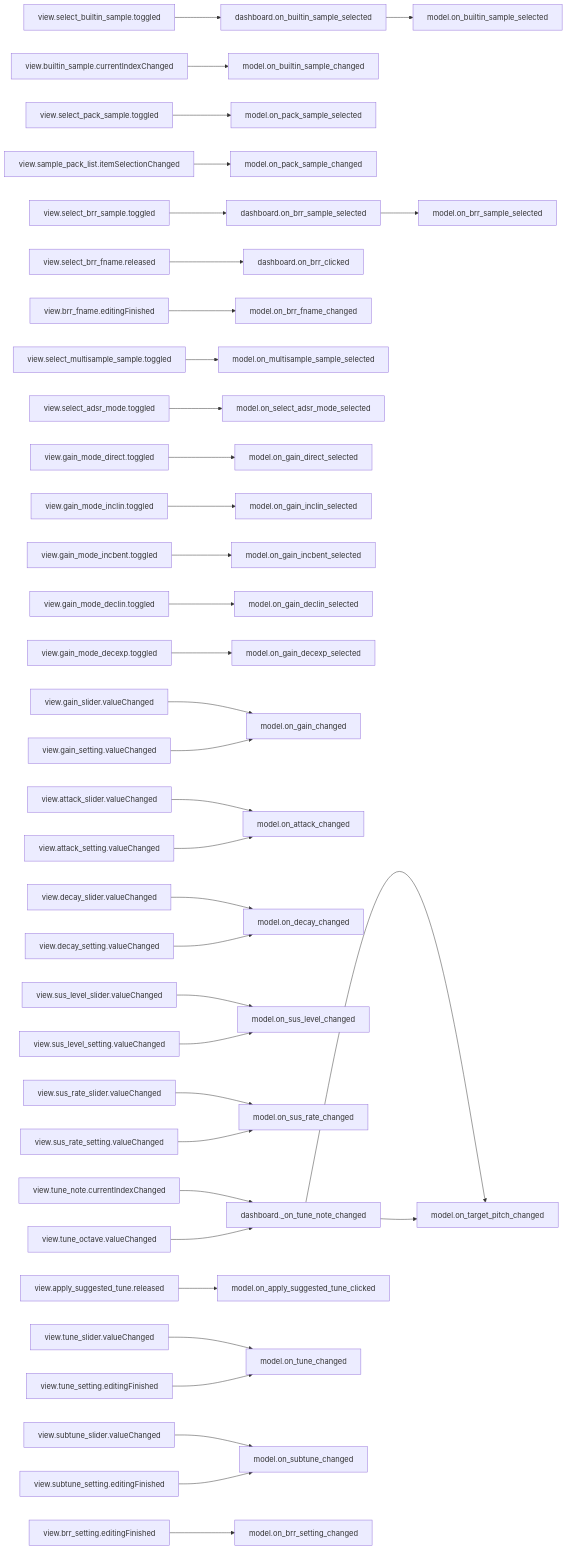
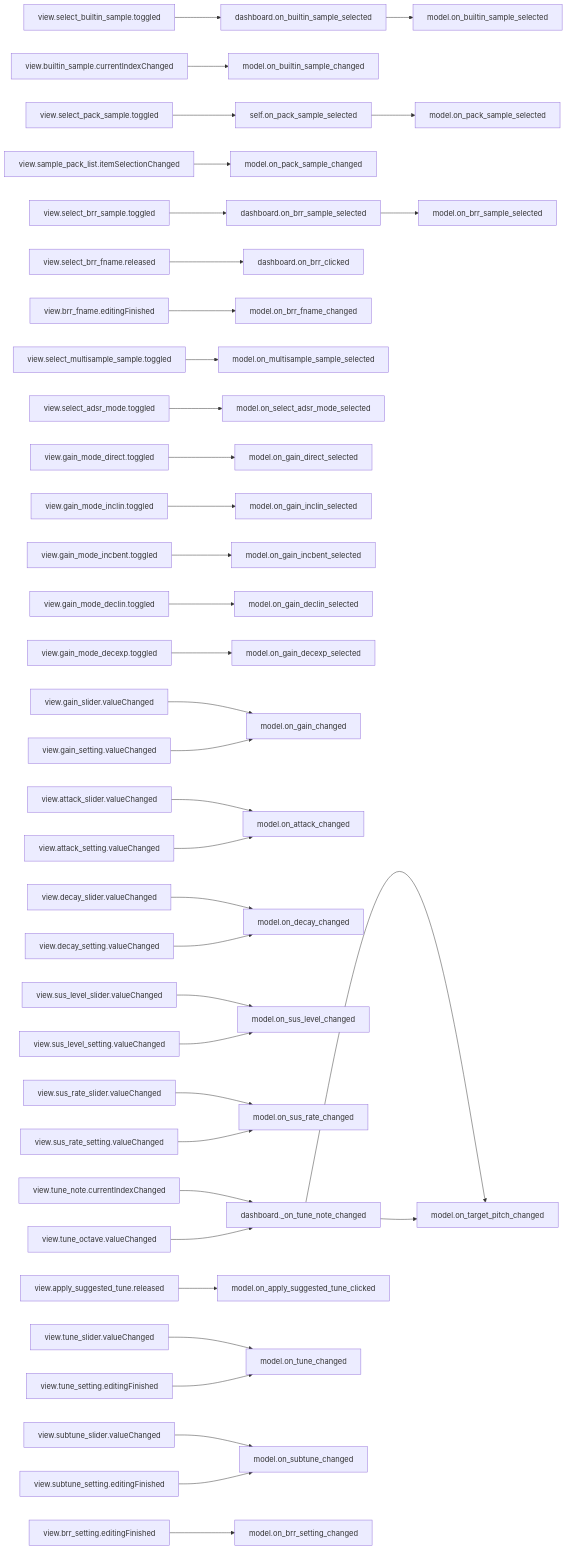
The seventh of 10 diagrams in doc/source/dashboard_signal_slot_map.rst (com-posers-pit/smw_music), drawn with Mermaid before and after one commit. The commit also changed 1 other file, not shown here.

Commit message:
Add missing sample pack in dashboard signal
Now playing:
Melatonin High by Dan Mason ダン·メイソン

```diff
--- a/doc/source/dashboard_signal_slot_map.rst
+++ b/doc/source/dashboard_signal_slot_map.rst
@@ -149,35 +149,35 @@
 .. mermaid::
 
    flowchart LR
       view.select_builtin_sample.toggled --> dashboard.on_builtin_sample_selected --> model.on_builtin_sample_selected
       view.builtin_sample.currentIndexChanged --> model.on_builtin_sample_changed
-      view.select_pack_sample.toggled --> model.on_pack_sample_selected
+      view.select_pack_sample.toggled --> self.on_pack_sample_selected --> model.on_pack_sample_selected
       view.sample_pack_list.itemSelectionChanged --> model.on_pack_sample_changed
       view.select_brr_sample.toggled --> dashboard.on_brr_sample_selected --> model.on_brr_sample_selected
       view.select_brr_fname.released --> dashboard.on_brr_clicked
       view.brr_fname.editingFinished --> model.on_brr_fname_changed
       view.select_multisample_sample.toggled --> model.on_multisample_sample_selected
       view.select_adsr_mode.toggled --> model.on_select_adsr_mode_selected
       view.gain_mode_direct.toggled --> model.on_gain_direct_selected
       view.gain_mode_inclin.toggled --> model.on_gain_inclin_selected
       view.gain_mode_incbent.toggled --> model.on_gain_incbent_selected
       view.gain_mode_declin.toggled --> model.on_gain_declin_selected
       view.gain_mode_decexp.toggled --> model.on_gain_decexp_selected
       view.gain_slider.valueChanged --> model.on_gain_changed
       view.gain_setting.valueChanged --> model.on_gain_changed
       view.attack_slider.valueChanged --> model.on_attack_changed
       view.attack_setting.valueChanged --> model.on_attack_changed
       view.decay_slider.valueChanged --> model.on_decay_changed
       view.decay_setting.valueChanged --> model.on_decay_changed
       view.sus_level_slider.valueChanged --> model.on_sus_level_changed
       view.sus_level_setting.valueChanged --> model.on_sus_level_changed
       view.sus_rate_slider.valueChanged --> model.on_sus_rate_changed
       view.sus_rate_setting.valueChanged --> model.on_sus_rate_changed
       view.tune_note.currentIndexChanged --> dashboard._on_tune_note_changed --> model.on_target_pitch_changed
       view.tune_octave.valueChanged --> dashboard._on_tune_note_changed --> model.on_target_pitch_changed
       view.apply_suggested_tune.released --> model.on_apply_suggested_tune_clicked
       view.tune_slider.valueChanged --> model.on_tune_changed
       view.tune_setting.editingFinished --> model.on_tune_changed
       view.subtune_slider.valueChanged --> model.on_subtune_changed
       view.subtune_setting.editingFinished --> model.on_subtune_changed
       view.brr_setting.editingFinished --> model.on_brr_setting_changed
```
